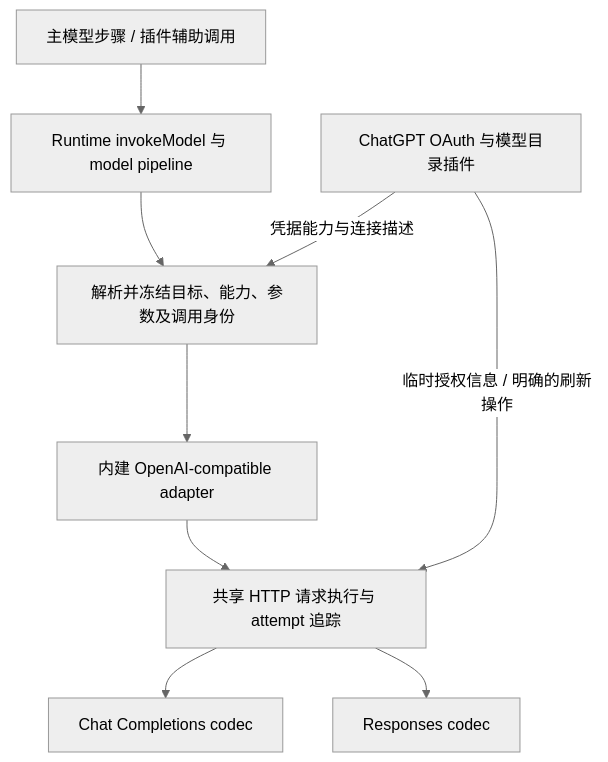
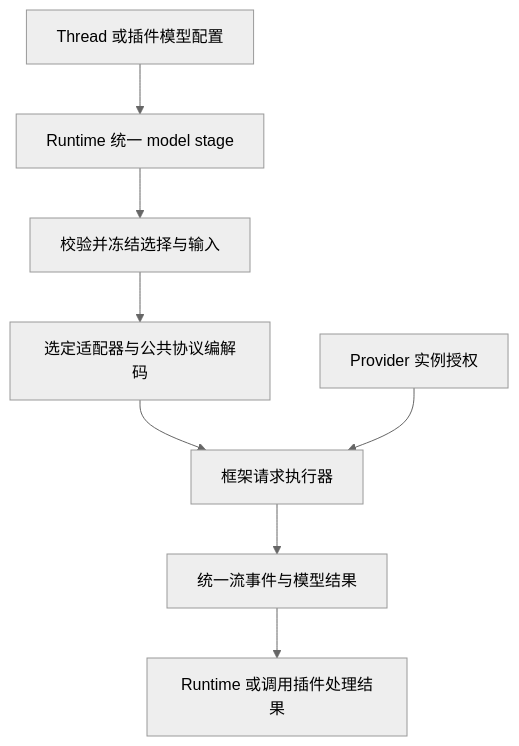
Before and after one commit to lemoeJuice/Pico: the diagram in design-docs/REFACTOR_模型配置与统一请求路径_v1.md, drawn with Mermaid (neutral theme). The commit also changed other lines of this file, not shown here.

Commit message:
docs: finalize plugin model catalog and adapter architecture

````diff
--- a/design-docs/REFACTOR_模型配置与统一请求路径_v1.md
+++ b/design-docs/REFACTOR_模型配置与统一请求路径_v1.md
@@ -30,11 +65,10 @@
 ```mermaid
 flowchart TD
-    A[主模型步骤 / 插件辅助调用] --> B[Runtime invokeModel 与 model pipeline]
-    B --> C[解析并冻结目标、能力、参数及调用身份]
-    C --> D[内建 OpenAI-compatible adapter]
-    D --> E[共享 HTTP 请求执行与 attempt 追踪]
-    E --> F[Chat Completions codec]
-    E --> G[Responses codec]
-    H[ChatGPT OAuth 与模型目录插件] -->|凭据能力与连接描述| C
-    H -->|临时授权信息 / 明确的刷新操作| E
+    A[Thread 或插件模型配置] --> B[Runtime 统一 model stage]
+    B --> C[校验并冻结选择与输入]
+    C --> D[选定适配器与公共协议编解码]
+    D --> E[框架请求执行器]
+    P[Provider 实例授权] --> E
+    E --> F[统一流事件与模型结果]
+    F --> G[Runtime 或调用插件处理结果]
 ```
````
